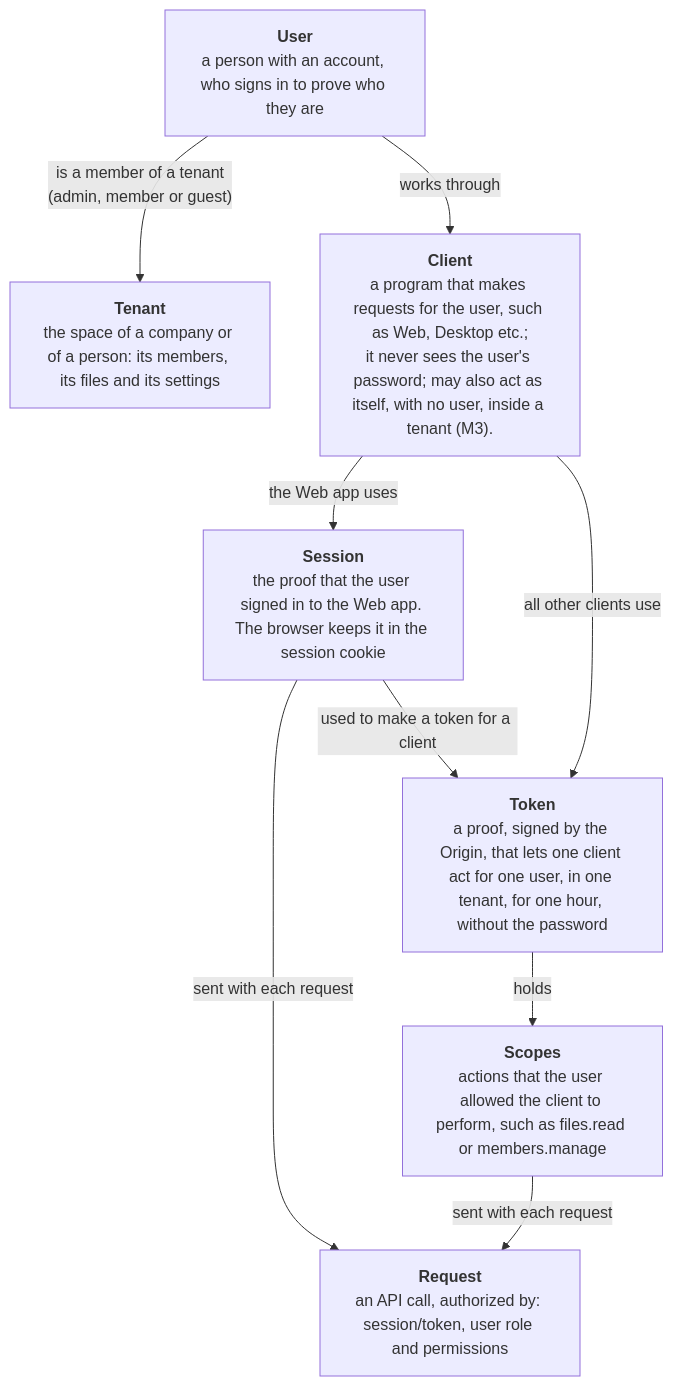
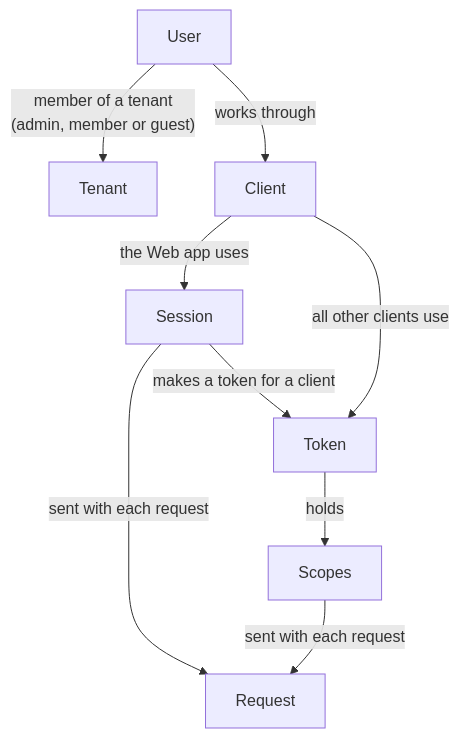
Before and after one commit to vpalos/BigFatFile: the first of 5 diagrams in docs/architecture/security/authentication.md, drawn with Mermaid. The commit also changed other lines of this file and 23 other files, not shown here.

First line of the commit message:
Move tenancy out of Authentication into its own chapter, and explain token signing.

````diff
--- a/docs/architecture/security/authentication.md
+++ b/docs/architecture/security/authentication.md
@@ -12,28 +12,12 @@
 ```mermaid
 flowchart TB
-    User["`**User**
-    a person with an account, who signs in to prove who they are`"]
-    Tenant["`**Tenant**
-    the space of a company or of a person: its members, its files and its settings`"]
-    Client["`**Client**
-    a program that makes requests for the user, such as Web, Desktop etc.;
-    it never sees the user's password; may also act as itself, with no user, inside a tenant (M3).`"]
-    Session["`**Session**
-    the proof that the user signed in to the Web app. The browser keeps it in the session cookie`"]
-    Token["`**Token**
-    a proof, signed by the Origin, that lets one client act for one user, in one tenant, for one hour, without the password`"]
-    Scopes["`**Scopes**
-    actions that the user allowed the client to perform, such as files.read or members.manage`"]
-    Request["`**Request**
-    an API call, authorized by: session/token, user role and permissions`"]
-
-    User -->|"is a member of a tenant
+    User -->|"member of a tenant
     (admin, member or guest)"| Tenant
     User -->|works through| Client
     Client -->|the Web app uses| Session
-    Session -->|used to make a token for a client| Token
+    Session -->|makes a token for a client| Token
     Client -->|all other clients use| Token
     Token -->|holds| Scopes
     Session -->|sent with each request| Request
     Scopes -->|sent with each request| Request
 ```
````
